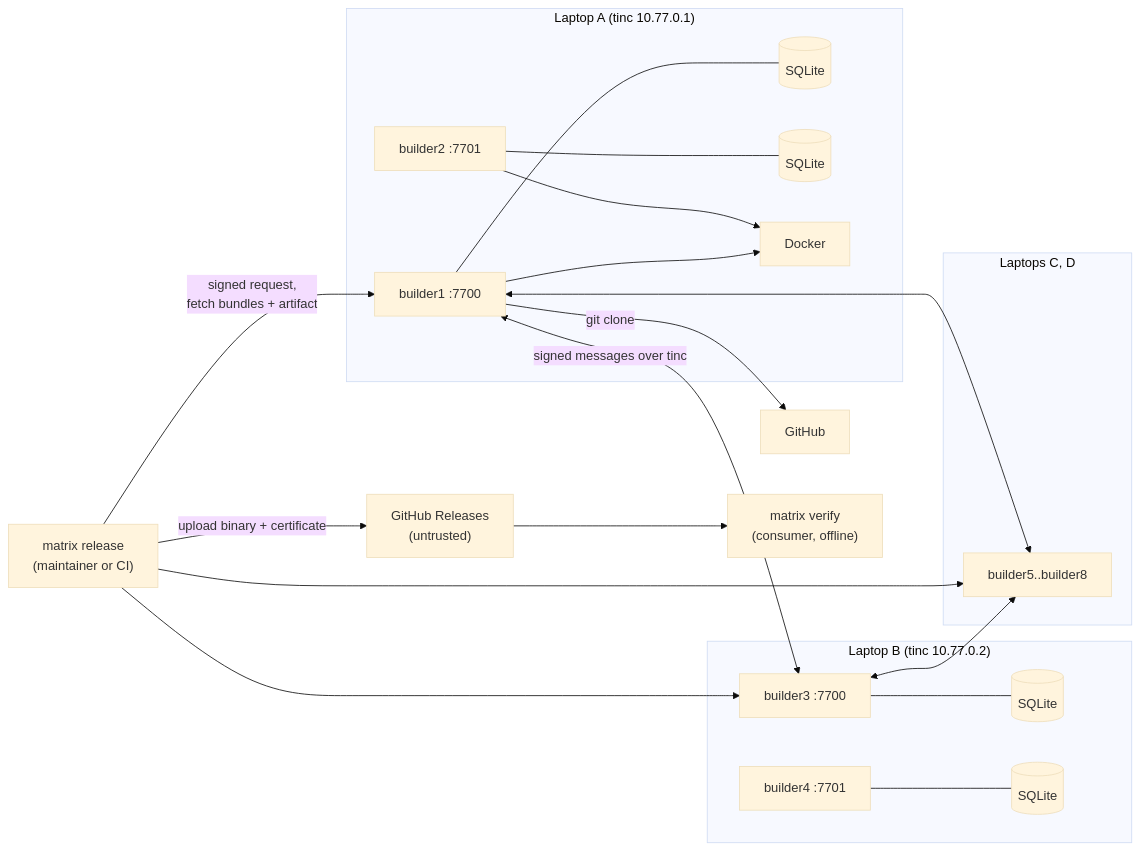
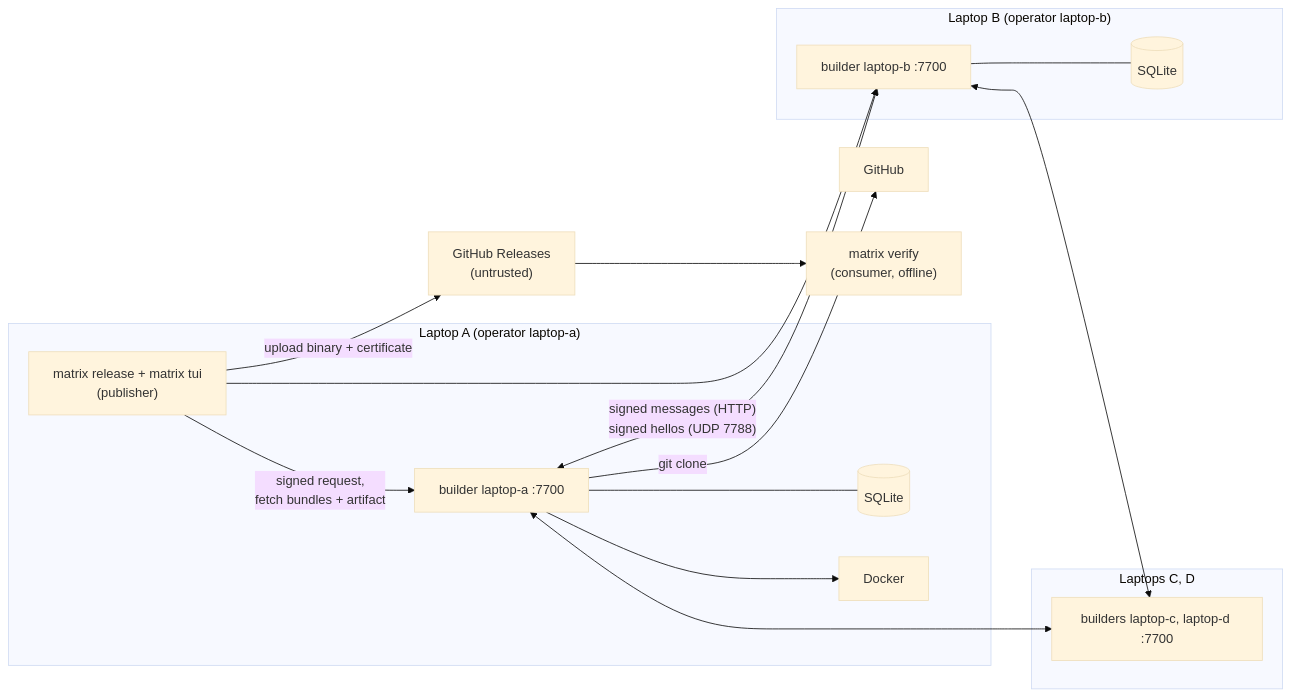
One commit to ChaoticNebula5/Matrix changed the first of 3 diagrams in Matrix_RFC_001.md. Above: the diagram before and after it, drawn with Mermaid (base theme). The commit also changed other lines of this file and 8 other files, not shown here.

Commit message:
Docs: RFC rev 5 (LAN discovery, founding ceremony, one builder per laptop, persistent queue)

````diff
--- a/Matrix_RFC_001.md
+++ b/Matrix_RFC_001.md
@@ -173,25 +203,22 @@
 ```mermaid
 flowchart LR
-    subgraph L1["Laptop A (tinc 10.77.0.1)"]
-        N1["builder1 :7700"] --- DB1[("SQLite")]
-        N2["builder2 :7701"] --- DB2[("SQLite")]
-        N1 --> D1["Docker"]
-        N2 --> D1
+    subgraph LA["Laptop A (operator laptop-a)"]
+        NA["builder laptop-a :7700"] --- DBA[("SQLite")]
+        NA --> DA["Docker"]
+        M["matrix release + matrix tui<br/>(publisher)"]
     end
-    subgraph L2["Laptop B (tinc 10.77.0.2)"]
-        N3["builder3 :7700"] --- DB3[("SQLite")]
-        N4["builder4 :7701"] --- DB4[("SQLite")]
+    subgraph LB["Laptop B (operator laptop-b)"]
+        NB["builder laptop-b :7700"] --- DBB[("SQLite")]
     end
-    subgraph L3["Laptops C, D"]
-        N5["builder5..builder8"]
+    subgraph LC["Laptops C, D"]
+        NC["builders laptop-c, laptop-d :7700"]
     end
-    M["matrix release<br/>(maintainer or CI)"] -->|"signed request,<br/>fetch bundles + artifact"| N1
-    M --> N3
-    M --> N5
-    N1 <-->|"signed messages over tinc"| N3
-    N3 <--> N5
-    N1 <--> N5
-    N1 -->|"git clone"| GH["GitHub"]
+    M -->|"signed request,<br/>fetch bundles + artifact"| NA
+    M --> NB
+    NA <-->|"signed messages (HTTP)<br/>signed hellos (UDP 7788)"| NB
+    NB <--> NC
+    NA <--> NC
+    NA -->|"git clone"| GH["GitHub"]
     M -->|"upload binary + certificate"| REL["GitHub Releases<br/>(untrusted)"]
     REL --> U["matrix verify<br/>(consumer, offline)"]
 ```
````
